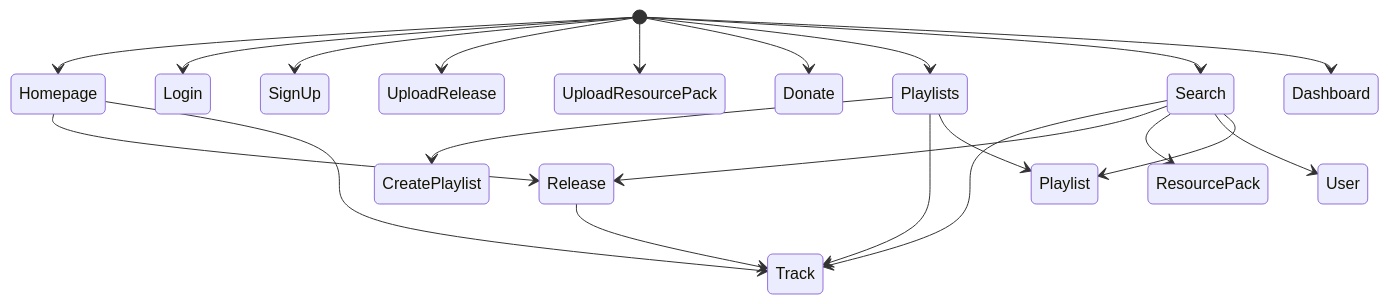
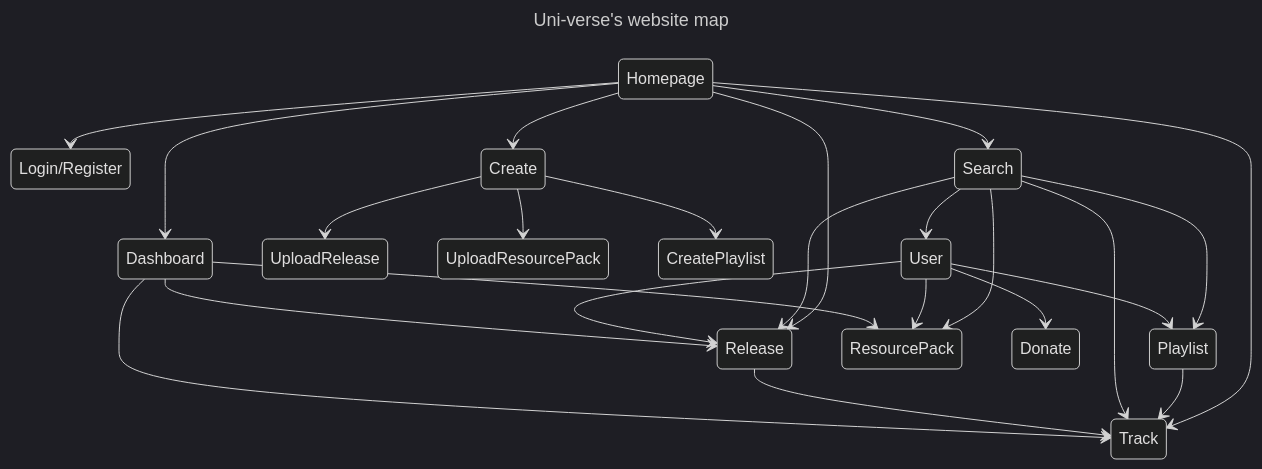
One commit to uni-verse-fm/uni-verse-fm.github.io changed the diagram in content/docs/frontend.md. Above: the diagram before and after it, drawn with Mermaid. The commit also changed other lines of this file, not shown here.

Commit message:
frontend: update

````diff
--- a/content/docs/frontend.md
+++ b/content/docs/frontend.md
@@ -17,23 +30,33 @@
 ```mermaid
+---
+title: Uni-verse's website map
+config:
+    theme: dark
+    properties:
+        fontSize: 50
+---
 stateDiagram-v2
-    [*] --> Homepage
-    [*] --> Login
-    [*] --> SignUp
-    [*] --> UploadRelease
-    [*] --> UploadResourcePack
-    [*] --> Donate
-    [*] --> Playlists
-    [*] --> Search
-    [*] --> Dashboard
-    Homepage --> Release
-    Homepage --> Track
-    Playlists --> CreatePlaylist
-    Playlists --> Track
-    Playlists --> Playlist
-    Search --> Track
-    Search --> Release
-    Search --> ResourcePack
-    Search --> User
-    Search --> Playlist
-    Release --> Track
+Homepage --> Login/Register
+Homepage --> Create
+Homepage --> Search
+Homepage --> Dashboard
+Homepage --> Release
+Homepage --> Track
+Create --> UploadRelease
+Create --> UploadResourcePack
+Create --> CreatePlaylist
+Playlist --> Track
+Search --> Track
+Search --> Release
+Search --> ResourcePack
+Search --> User
+Search --> Playlist
+Release --> Track
+User --> Release
+User --> Playlist
+User --> ResourcePack
+User --> Donate
+Dashboard --> Release
+Dashboard --> Track
+Dashboard --> ResourcePack
 ```
````
